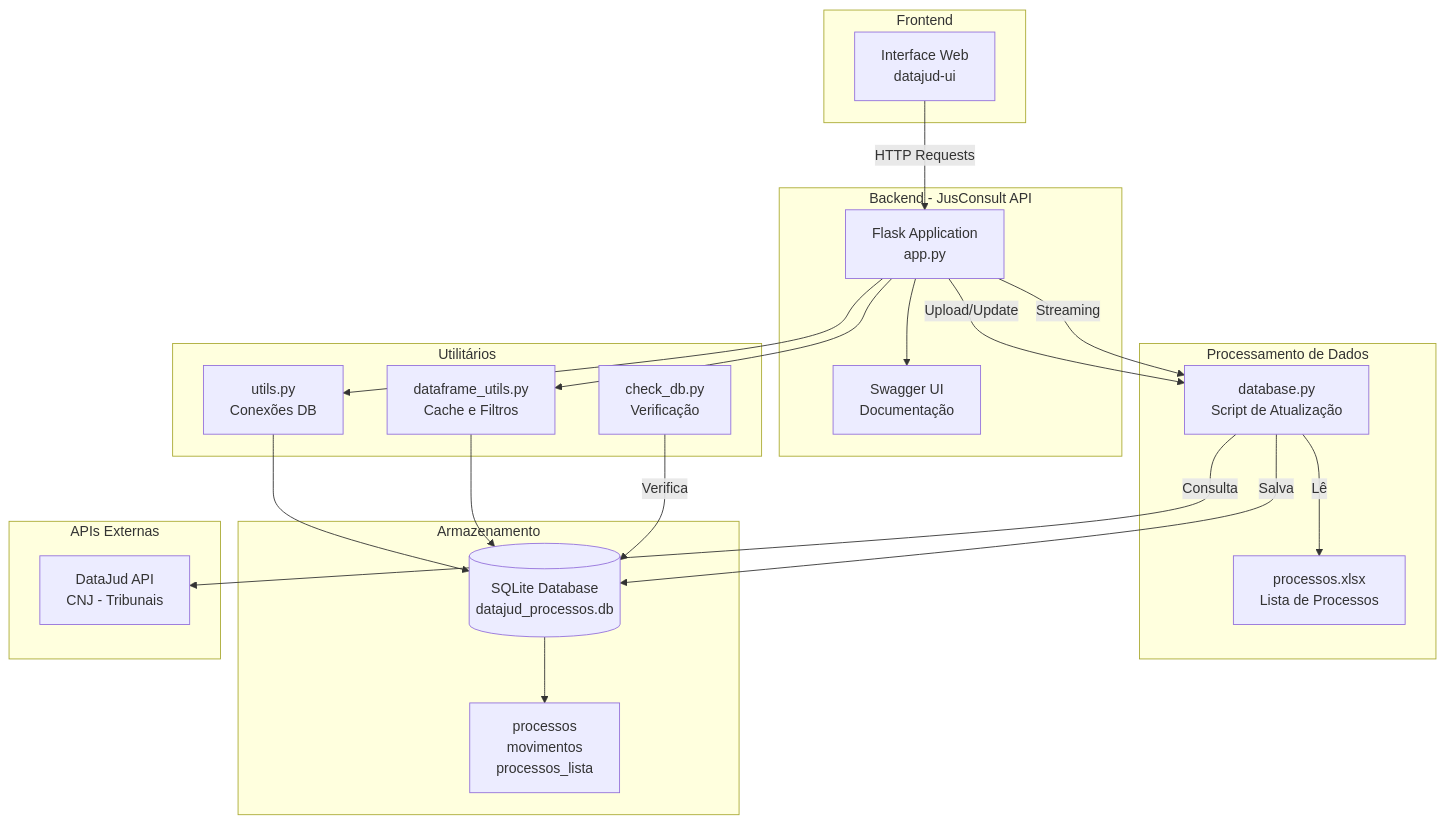
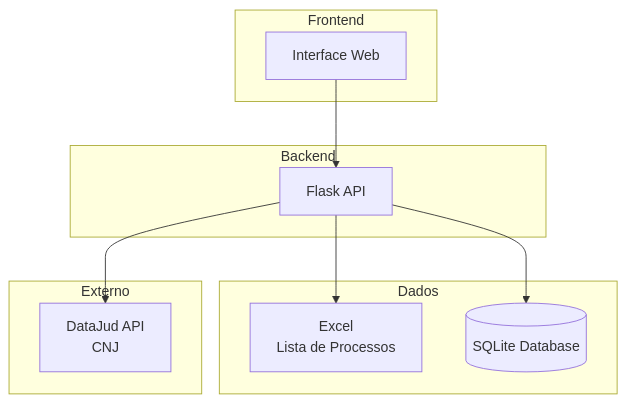
One commit to lauragross/jusconsult-api changed the diagram in README.md. Above: the diagram before and after it, drawn with Mermaid. The commit also changed other lines of this file, not shown here.

````diff
--- a/README.md
+++ b/README.md
@@ -16,48 +16,24 @@
 ```mermaid
 graph TB
     subgraph "Frontend"
-        UI[Interface Web<br/>datajud-ui]
+        UI[Interface Web]
     end
     
-    subgraph "Backend - JusConsult API"
-        API[Flask Application<br/>app.py]
-        SWAGGER[Swagger UI<br/>Documentação]
+    subgraph "Backend"
+        API[Flask API]
     end
     
-    subgraph "Processamento de Dados"
-        DB_SCRIPT[database.py<br/>Script de Atualização]
-        EXCEL[processos.xlsx<br/>Lista de Processos]
+    subgraph "Dados"
+        EXCEL[Excel<br/>Lista de Processos]
+        SQLITE[(SQLite Database)]
     end
     
-    subgraph "Armazenamento"
-        SQLITE[(SQLite Database<br/>datajud_processos.db)]
-        TABLES[processos<br/>movimentos<br/>processos_lista]
+    subgraph "Externo"
+        DATAJUD[DataJud API<br/>CNJ]
     end
     
-    subgraph "APIs Externas"
-        DATAJUD[DataJud API<br/>CNJ - Tribunais]
-    end
-    
-    subgraph "Utilitários"
-        UTILS[utils.py<br/>Conexões DB]
-        DF_UTILS[dataframe_utils.py<br/>Cache e Filtros]
-        CHECK[check_db.py<br/>Verificação]
-    end
-    
-    UI -->|HTTP Requests| API
-    API --> SWAGGER
-    API --> UTILS
-    API --> DF_UTILS
-    UTILS --> SQLITE
-    DF_UTILS --> SQLITE
-    SQLITE --> TABLES
-    
-    DB_SCRIPT -->|Lê| EXCEL
-    DB_SCRIPT -->|Consulta| DATAJUD
-    DB_SCRIPT -->|Salva| SQLITE
-    
-    CHECK -->|Verifica| SQLITE
-    
-    API -->|Upload/Update| DB_SCRIPT
-    API -->|Streaming| DB_SCRIPT
+    UI --> API
+    API --> SQLITE
+    API --> EXCEL
+    API --> DATAJUD
 ```
````
